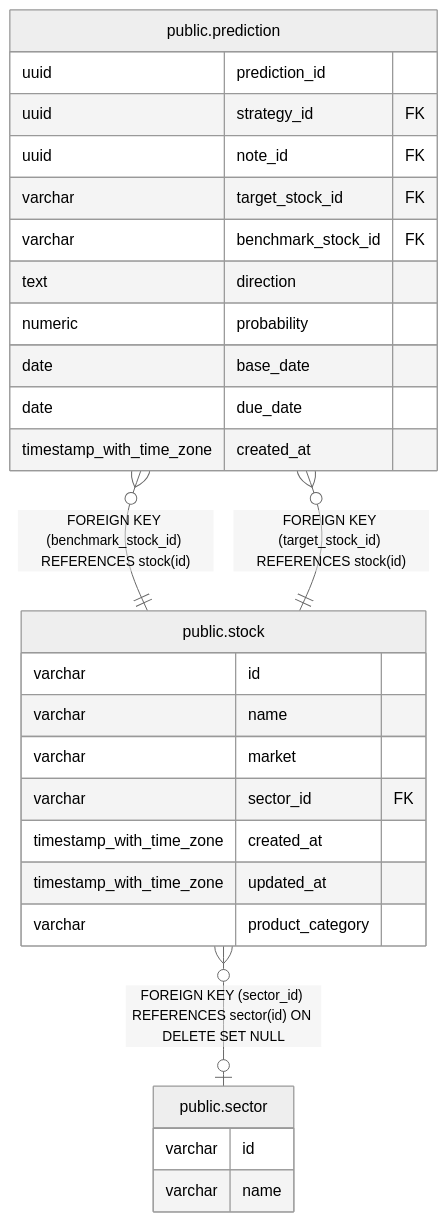
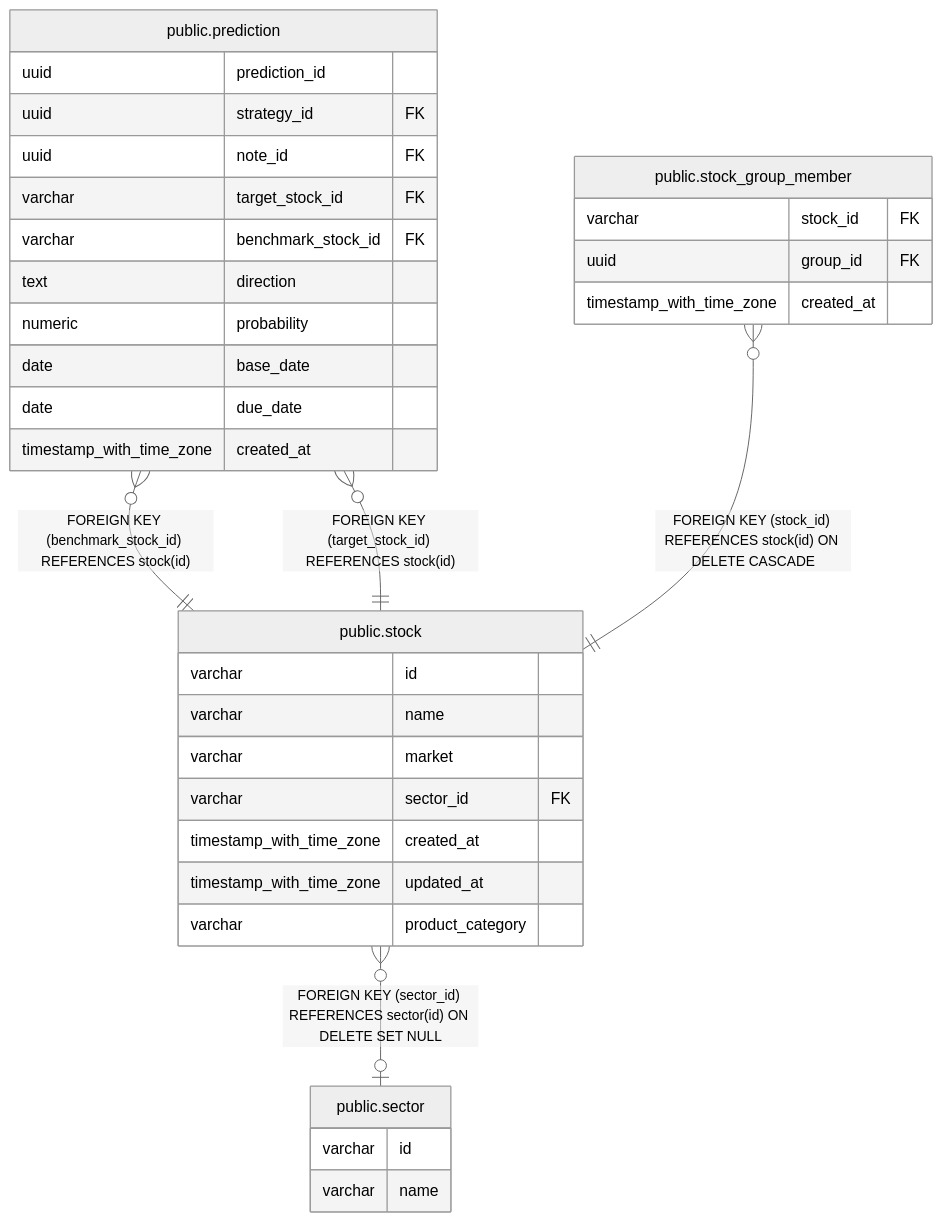
One commit to fohte/t-rader changed the diagram in backend/docs/db/public.stock.md. Above: the diagram before and after it, drawn with Mermaid (neutral theme). The commit also changed other lines of this file and 5 other files, not shown here.

````diff
--- a/backend/docs/db/public.stock.md
+++ b/backend/docs/db/public.stock.md
@@ -31,33 +31,39 @@
 ```mermaid
 erDiagram
 
 "public.prediction" }o--|| "public.stock" : "FOREIGN KEY (benchmark_stock_id) REFERENCES stock(id)"
 "public.prediction" }o--|| "public.stock" : "FOREIGN KEY (target_stock_id) REFERENCES stock(id)"
+"public.stock_group_member" }o--|| "public.stock" : "FOREIGN KEY (stock_id) REFERENCES stock(id) ON DELETE CASCADE"
 "public.stock" }o--o| "public.sector" : "FOREIGN KEY (sector_id) REFERENCES sector(id) ON DELETE SET NULL"
 
 "public.stock" {
   varchar id
   varchar name
   varchar market
   varchar sector_id FK
   timestamp_with_time_zone created_at
   timestamp_with_time_zone updated_at
   varchar product_category
 }
 "public.prediction" {
   uuid prediction_id
   uuid strategy_id FK
   uuid note_id FK
   varchar target_stock_id FK
   varchar benchmark_stock_id FK
   text direction
   numeric probability
   date base_date
   date due_date
   timestamp_with_time_zone created_at
 }
+"public.stock_group_member" {
+  varchar stock_id FK
+  uuid group_id FK
+  timestamp_with_time_zone created_at
+}
 "public.sector" {
   varchar id
   varchar name
 }
 ```
````
